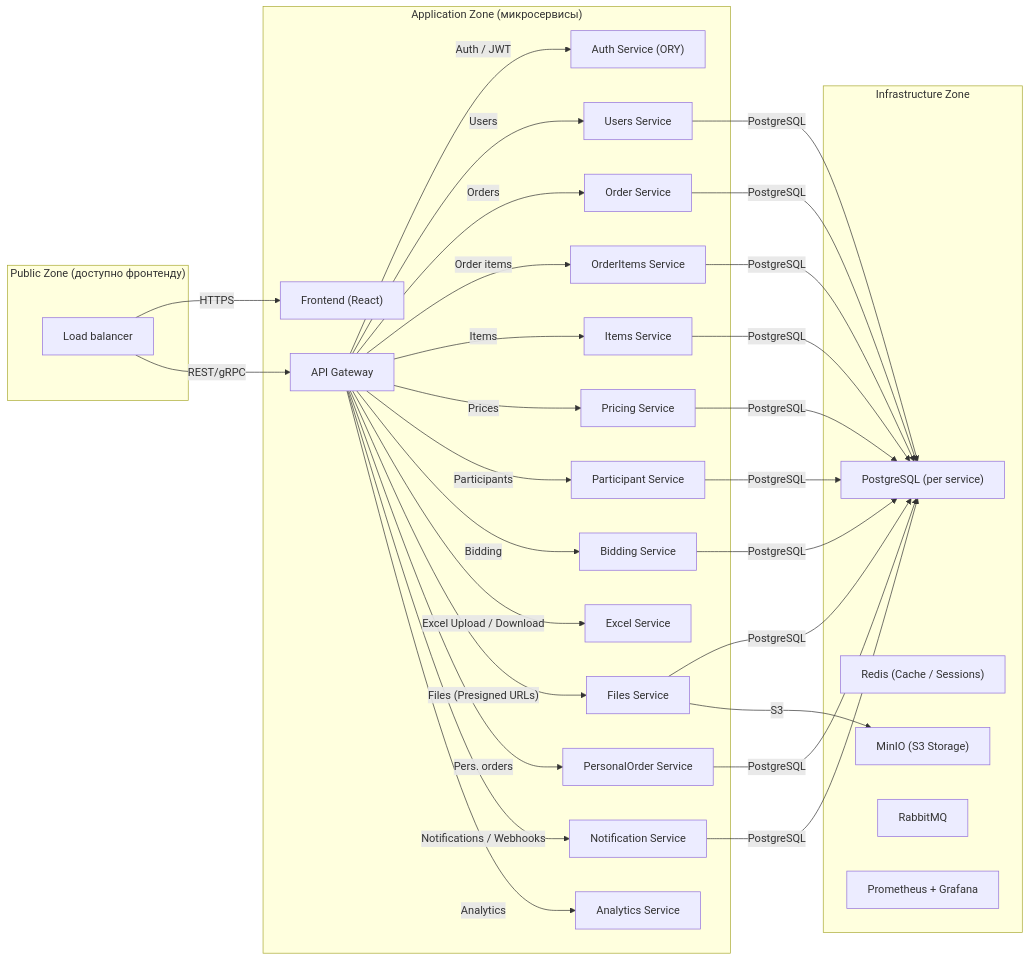
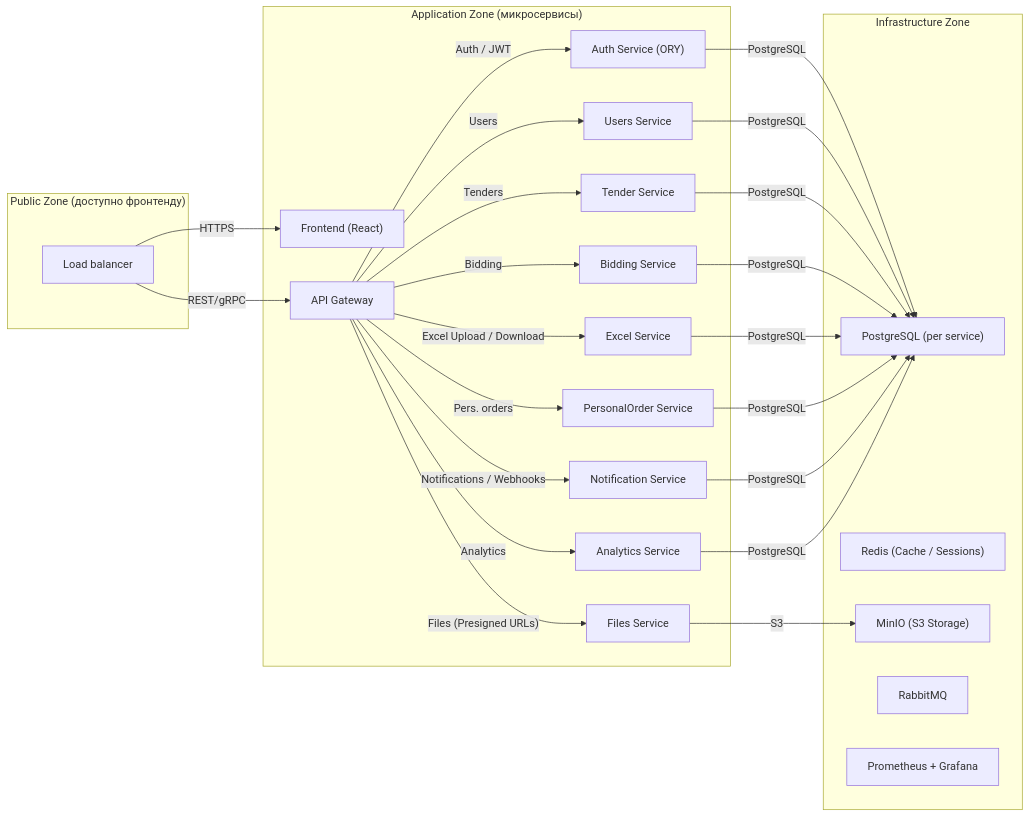
One commit to goodprice-tender-platform/docs changed the diagram in README.md. Above: the diagram before and after it, drawn with Mermaid. The commit also changed other lines of this file, not shown here.

Commit message:
update: переработан план

````diff
--- a/README.md
+++ b/README.md
@@ -30,71 +30,61 @@
 ```mermaid
 %% Финальная архитектура с зонами доступа
 graph LR
     %% ========= ЗОНА 1: ФРОНТ И ПУБЛИЧНЫЙ ДОСТУП =========
     subgraph PUBLIC_ZONE["Public Zone (доступно фронтенду)"]
         A1["Load balancer"]
     end
 
     %% ========= ЗОНА 2: ПРИЛОЖЕНИЯ (бизнес-логика) =========
     subgraph APP_ZONE["Application Zone (микросервисы)"]
         A["Frontend (React)"]
         B["API Gateway"]
 
         C["Auth Service (ORY)"]
-        U["Users Service"]
-        D["Order Service"]
-        E["Pricing Service"]
-        F["Participant Service"]
-        G["Bidding Service"]
-        H["Excel Service"]
-        I["Files Service"]
-        J["PersonalOrder Service"]
-        K["Notification Service"]
-        Z["Analytics Service"]
-        X["Items Service"]
-        Y["OrderItems Service"]
+        D["Users Service"]
+        E["Tender Service"]
+        F["Bidding Service"]
+        G["Excel Service"]
+        H["Files Service"]
+        I["PersonalOrder Service"]
+        J["Notification Service"]
+        K["Analytics Service"]
 
         %% Связи от Gateway
         B -->|"Auth / JWT"| C
-        B -->|"Users"| U
-        B -->|"Orders"| D
-        B -->|"Order items"| Y
-        B -->|"Items"| X
-        B -->|"Prices"| E
-        B -->|"Participants"| F
-        B -->|"Bidding"| G
-        B -->|"Excel Upload / Download"| H
-        B -->|"Files (Presigned URLs)"| I
-        B -->|"Pers. orders"| J
-        B -->|"Notifications / Webhooks"| K
-        B -->|"Analytics"| Z
+        B -->|"Users"| D
+        B -->|"Tenders"| E
+        B -->|"Bidding"| F
+        B -->|"Excel Upload / Download"| G
+        B -->|"Files (Presigned URLs)"| H
+        B -->|"Pers. orders"| I
+        B -->|"Notifications / Webhooks"| J
+        B -->|"Analytics"| K
     end
 
     %% Генеральные входы
     A1 -->|"HTTPS"| A
     A1 -->|"REST/gRPC"| B
 
     %% ========= ЗОНА 3: ИНФРАСТРУКТУРА =========
     subgraph INFRA_ZONE["Infrastructure Zone"]
         M["PostgreSQL (per service)"]
         N["Redis (Cache / Sessions)"]
         L["MinIO (S3 Storage)"]
         Q["RabbitMQ"]
         T["Prometheus + Grafana"]
     end
 
     %% Связи с PostgreSQL
-    U -->|"PostgreSQL"| M
+    C -->|"PostgreSQL"| M
     D -->|"PostgreSQL"| M
     E -->|"PostgreSQL"| M
     F -->|"PostgreSQL"| M
     G -->|"PostgreSQL"| M
     I -->|"PostgreSQL"| M
     J -->|"PostgreSQL"| M
     K -->|"PostgreSQL"| M
-    X -->|"PostgreSQL"| M
-    Y -->|"PostgreSQL"| M 
 
     %% S3
-    I -->|"S3"| L
+    H -->|"S3"| L
 ```
````
